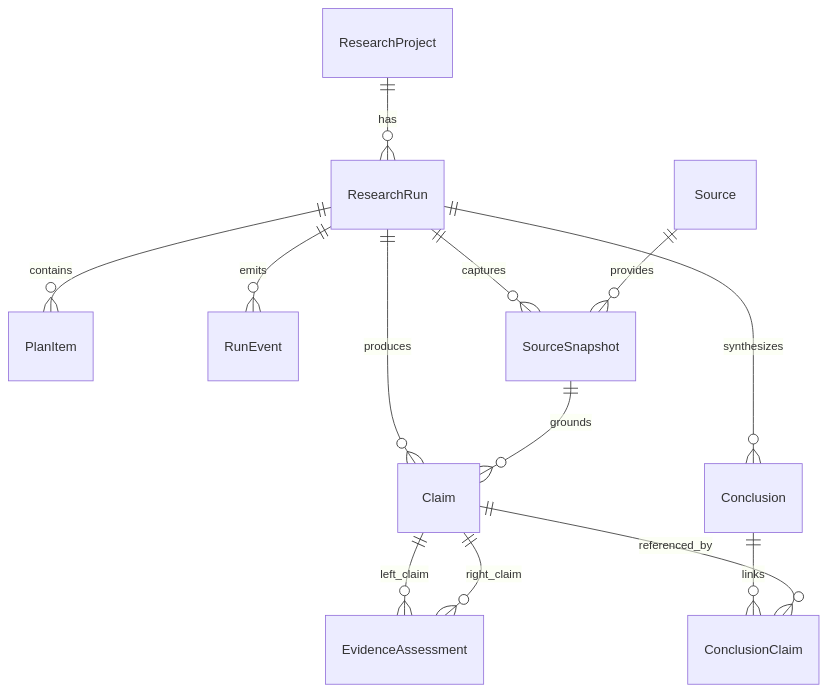
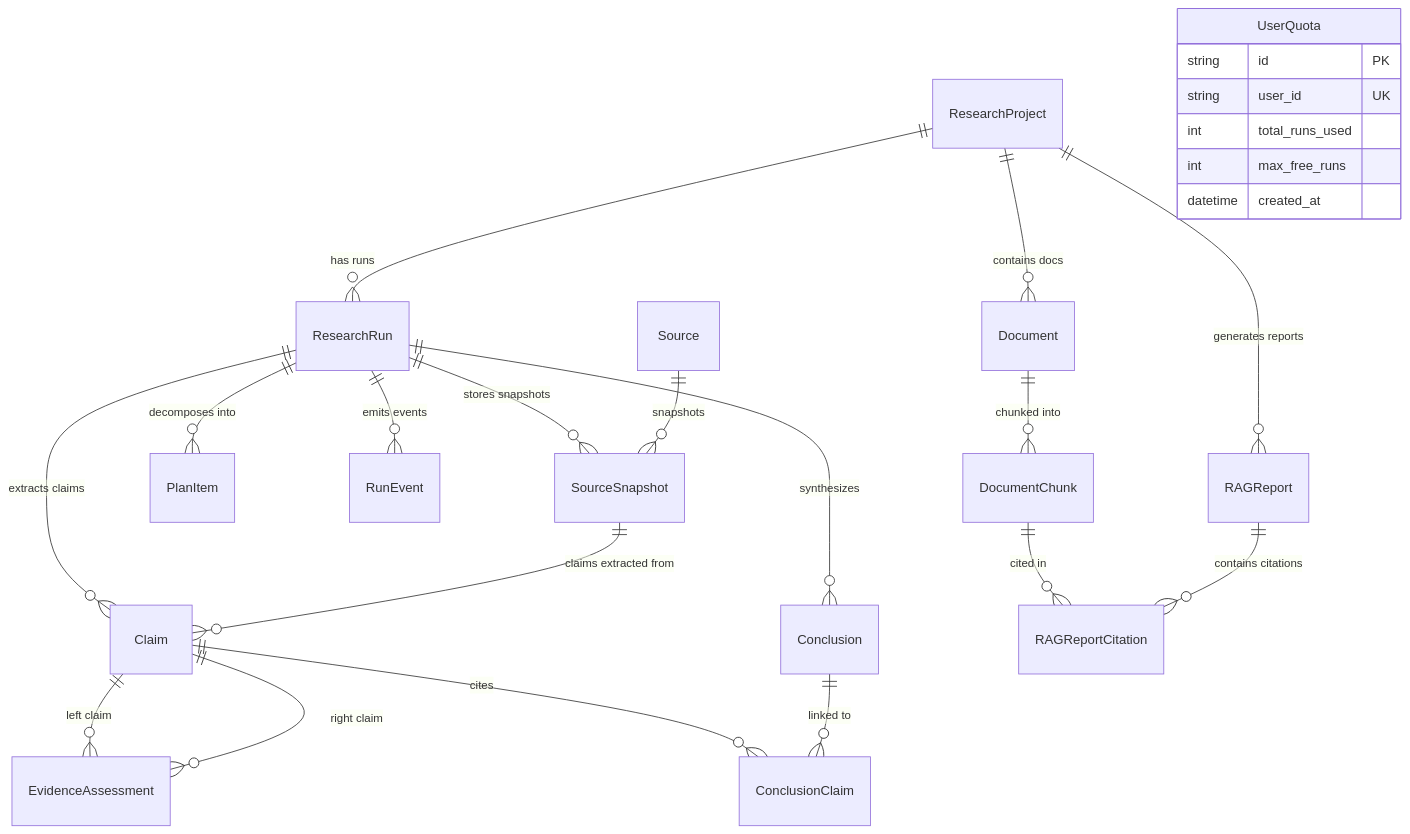
One commit to sawanb22/enterprise-AI-research changed the second of 2 diagrams in BACKEND_MAP.md. Above: the diagram before and after it, drawn with Mermaid. The commit also changed other lines of this file and 2 other files, not shown here.

Commit message:
docs: generate comprehensive frontend & backend architecture maps and master README

````diff
--- a/BACKEND_MAP.md
+++ b/BACKEND_MAP.md
@@ -220,15 +296,32 @@
 ```mermaid
 erDiagram
-    ResearchProject ||--o{ ResearchRun : has
-    ResearchRun ||--o{ PlanItem : contains
-    ResearchRun ||--o{ RunEvent : emits
-    ResearchRun ||--o{ SourceSnapshot : captures
-    ResearchRun ||--o{ Claim : produces
-    ResearchRun ||--o{ Conclusion : synthesizes
-    Source ||--o{ SourceSnapshot : provides
-    SourceSnapshot ||--o{ Claim : grounds
-    Claim ||--o{ EvidenceAssessment : left_claim
-    Claim ||--o{ EvidenceAssessment : right_claim
-    Conclusion ||--o{ ConclusionClaim : links
-    Claim ||--o{ ConclusionClaim : referenced_by
+    ResearchProject ||--o{ ResearchRun : "has runs"
+    ResearchProject ||--o{ Document : "contains docs"
+    ResearchProject ||--o{ RAGReport : "generates reports"
+    
+    ResearchRun ||--o{ PlanItem : "decomposes into"
+    ResearchRun ||--o{ RunEvent : "emits events"
+    ResearchRun ||--o{ SourceSnapshot : "stores snapshots"
+    ResearchRun ||--o{ Claim : "extracts claims"
+    ResearchRun ||--o{ Conclusion : "synthesizes"
+    
+    Source ||--o{ SourceSnapshot : "snapshots"
+    SourceSnapshot ||--o{ Claim : "claims extracted from"
+    
+    Claim ||--o{ EvidenceAssessment : "left claim"
+    Claim ||--o{ EvidenceAssessment : "right claim"
+    Claim ||--o{ ConclusionClaim : "cites"
+    Conclusion ||--o{ ConclusionClaim : "linked to"
+    
+    Document ||--o{ DocumentChunk : "chunked into"
+    DocumentChunk ||--o{ RAGReportCitation : "cited in"
+    RAGReport ||--o{ RAGReportCitation : "contains citations"
+    
+    UserQuota {
+        string id PK
+        string user_id UK
+        int total_runs_used
+        int max_free_runs
+        datetime created_at
+    }
 ```
````
